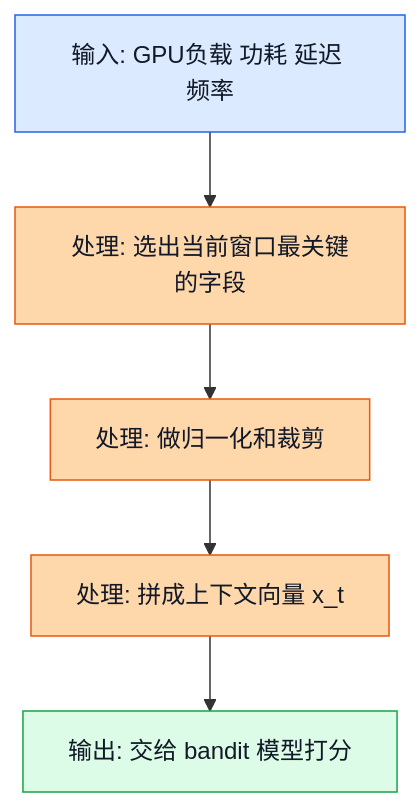
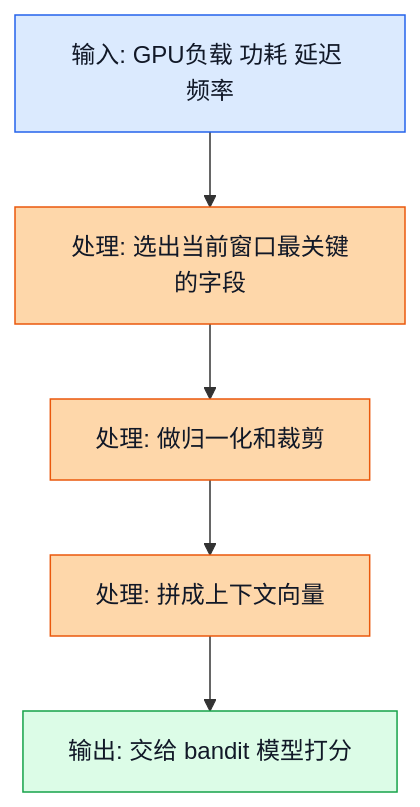
The second of 6 diagrams in learn/05_Contextual_Bandits.md (Mrphase/RL-Doc), drawn with Mermaid before and after one commit. The commit also changed other lines of this file and 14 other files, not shown here.

First line of the commit message:
fix: clean mermaid labels in learn docs

````diff
--- a/learn/05_Contextual_Bandits.md
+++ b/learn/05_Contextual_Bandits.md
@@ -219,15 +219,15 @@
 ```mermaid
 flowchart TD
     A[输入: GPU负载 功耗 延迟 频率] --> B[处理: 选出当前窗口最关键的字段]
     B --> C[处理: 做归一化和裁剪]
-    C --> D[处理: 拼成上下文向量 x_t]
+    C --> D[处理: 拼成上下文向量]
     D --> E[输出: 交给 bandit 模型打分]
 
     classDef input fill:#dbeafe,stroke:#2563eb,color:#111827;
     classDef process fill:#fed7aa,stroke:#ea580c,color:#111827;
     classDef output fill:#dcfce7,stroke:#16a34a,color:#111827;
 
     class A input
     class B,C,D process
     class E output
 ```
````
